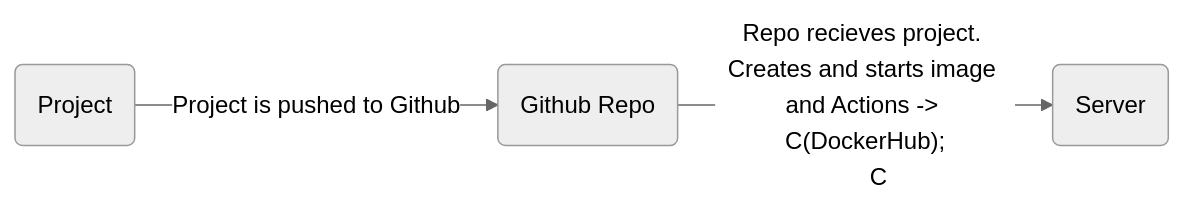
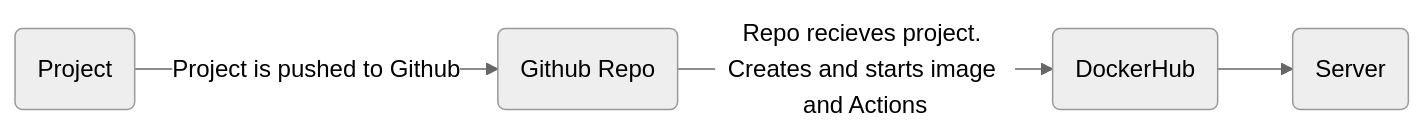
Before and after one commit to WSU-kduncan/cicd-3120-davidkajuna7: the diagram in README.md, drawn with Mermaid (neutral theme).

````diff
--- a/README.md
+++ b/README.md
@@ -52,6 +52,6 @@
 ```mermaid
   flowchart LR;
       A(Project) -- Project is pushed to Github --> B(Github Repo);
-      B -- Repo recieves project. Creates and starts image and Actions -> C(DockerHub);
+      B -- Repo recieves project. Creates and starts image and Actions --> C(DockerHub);
       C --> D(Server);
 ```
````
